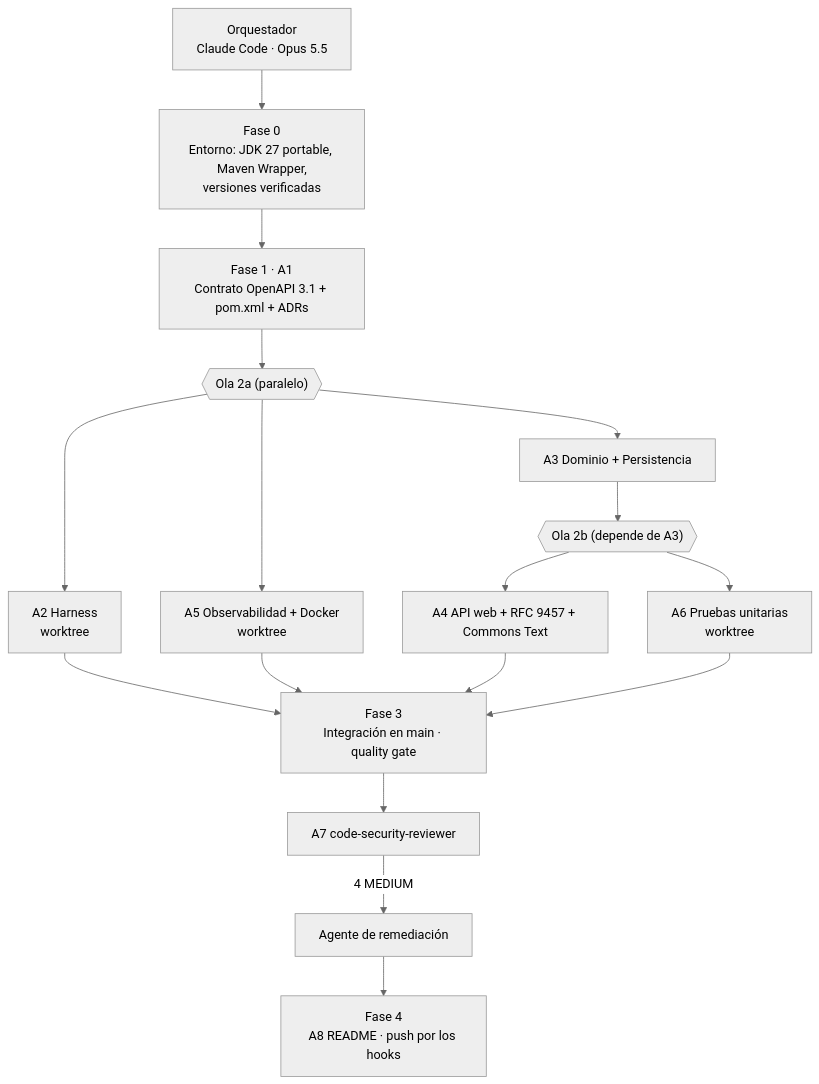
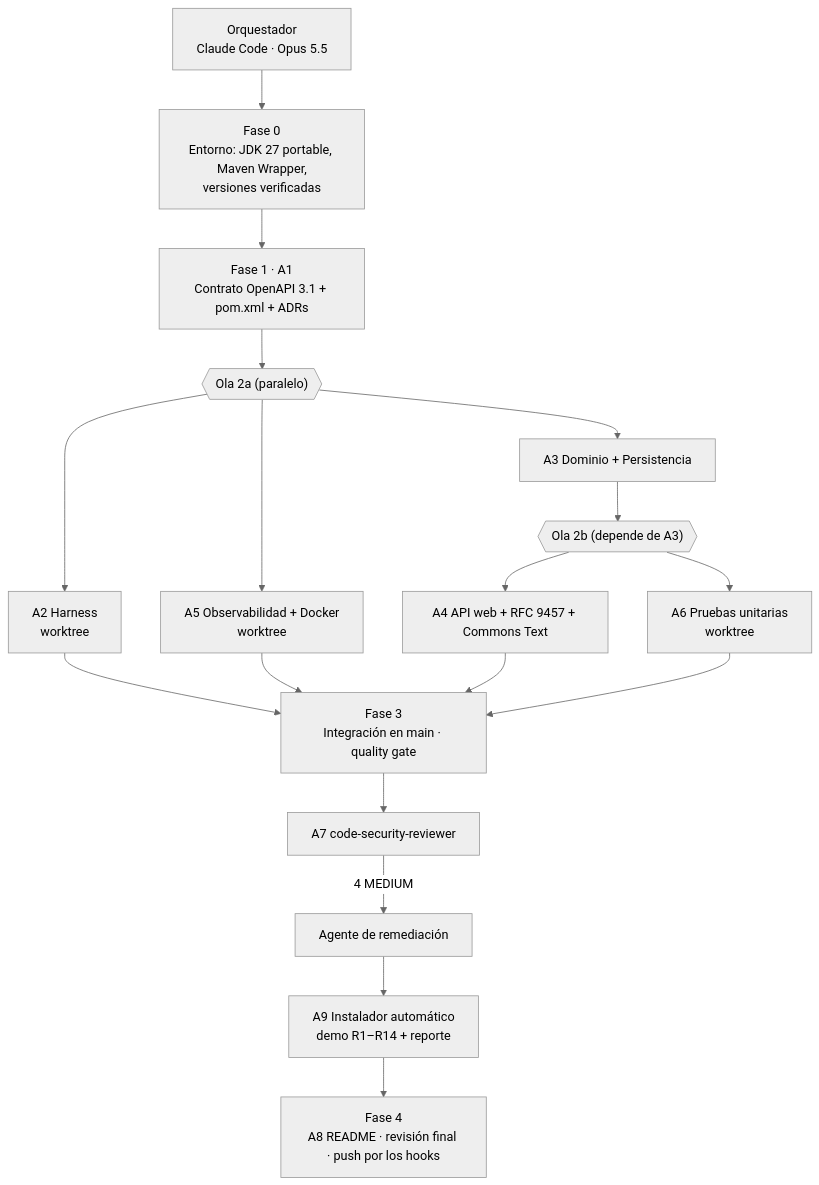
Before and after one commit to edgarcdmx/MS-TRANSFER-LIMITS: the second of 2 diagrams in README.md, drawn with Mermaid (neutral theme). The commit also changed other lines of this file, not shown here.

````diff
--- a/README.md
+++ b/README.md
@@ -301,19 +375,20 @@
 ```mermaid
 flowchart TD
     O["Orquestador<br/>Claude Code · Opus 5.5"] --> F0["Fase 0<br/>Entorno: JDK 27 portable, Maven Wrapper,<br/>versiones verificadas"]
     F0 --> A1["Fase 1 · A1<br/>Contrato OpenAPI 3.1 + pom.xml + ADRs"]
     A1 --> W2a{{"Ola 2a (paralelo)"}}
     W2a --> A2["A2 Harness<br/>worktree"]
     W2a --> A3["A3 Dominio + Persistencia"]
     W2a --> A5["A5 Observabilidad + Docker<br/>worktree"]
     A3 --> W2b{{"Ola 2b (depende de A3)"}}
     W2b --> A4["A4 API web + RFC 9457 + Commons Text"]
     W2b --> A6["A6 Pruebas unitarias<br/>worktree"]
     A2 --> F3
     A5 --> F3
     A4 --> F3
     A6 --> F3["Fase 3<br/>Integración en main · quality gate"]
     F3 --> A7["A7 code-security-reviewer"]
     A7 -->|4 MEDIUM| R["Agente de remediación"]
-    R --> F4["Fase 4<br/>A8 README · push por los hooks"]
+    R --> A9["A9 Instalador automático<br/>demo R1–R14 + reporte"]
+    A9 --> F4["Fase 4<br/>A8 README · revisión final · push por los hooks"]
 ```
````
